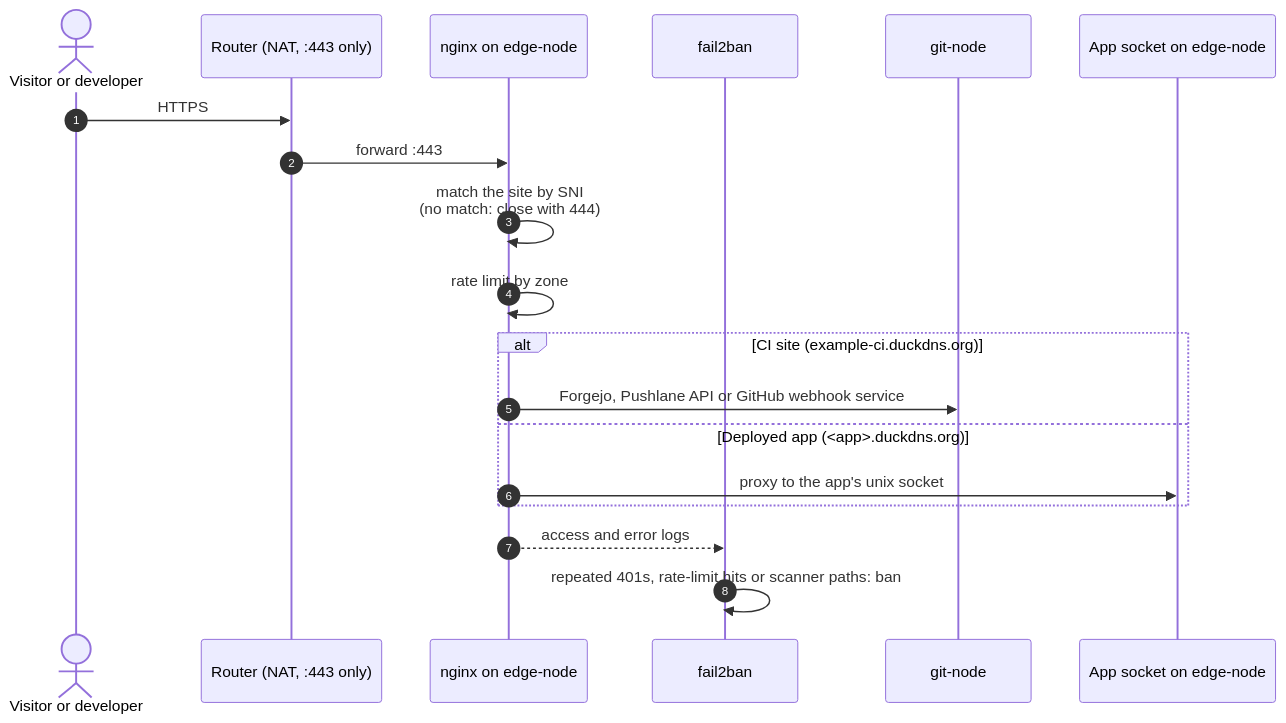
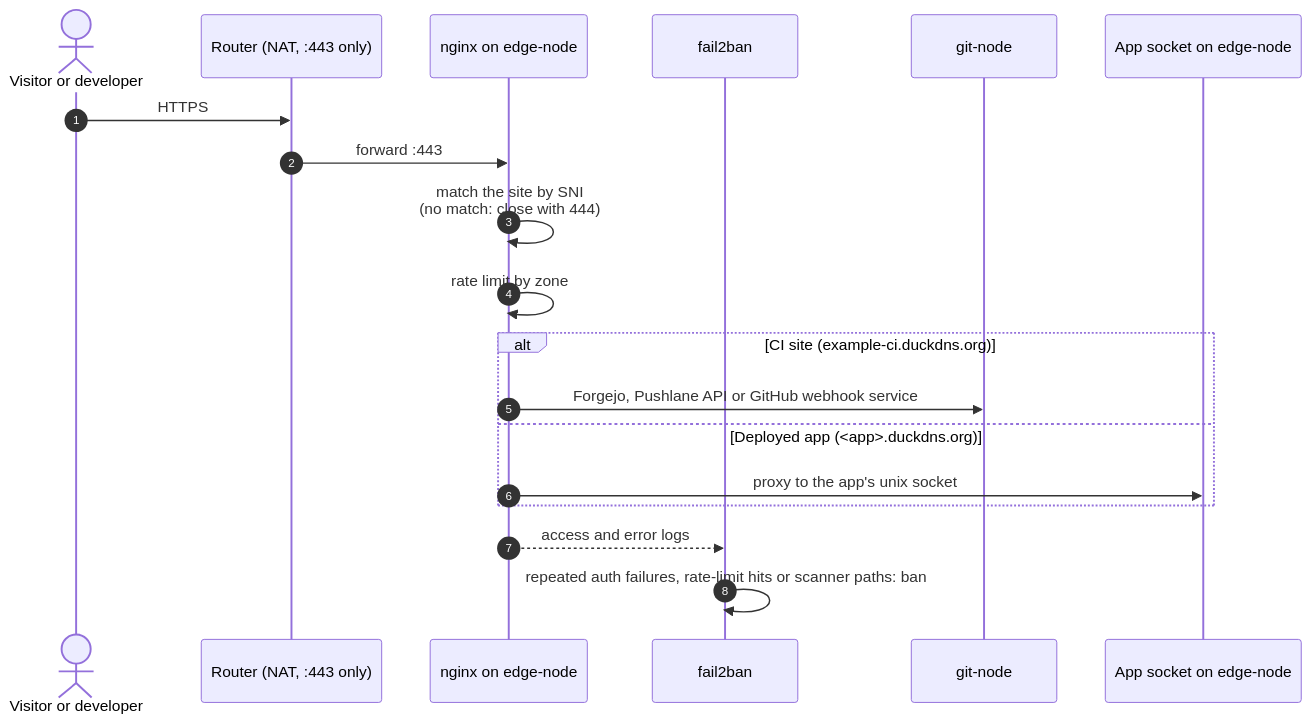
One commit to tobioj/proxmox-homelab changed the first of 2 diagrams in docs/NETWORK.md. Above: the diagram before and after it, drawn with Mermaid. The commit also changed other lines of this file and 8 other files, not shown here.

````diff
--- a/docs/NETWORK.md
+++ b/docs/NETWORK.md
@@ -30,22 +41,22 @@
 ```mermaid
 sequenceDiagram
     autonumber
     actor U as Visitor or developer
     participant R as Router (NAT, :443 only)
     participant N as nginx on edge-node
     participant F as fail2ban
     participant G as git-node
     participant A as App socket on edge-node
 
     U->>R: HTTPS
     R->>N: forward :443
     N->>N: match the site by SNI<br/>(no match: close with 444)
     N->>N: rate limit by zone
     alt CI site (example-ci.duckdns.org)
         N->>G: Forgejo, Pushlane API or GitHub webhook service
     else Deployed app (<app>.duckdns.org)
         N->>A: proxy to the app's unix socket
     end
     N-->>F: access and error logs
-    F->>F: repeated 401s, rate-limit hits or scanner paths: ban
+    F->>F: repeated auth failures, rate-limit hits or scanner paths: ban
 ```
````
